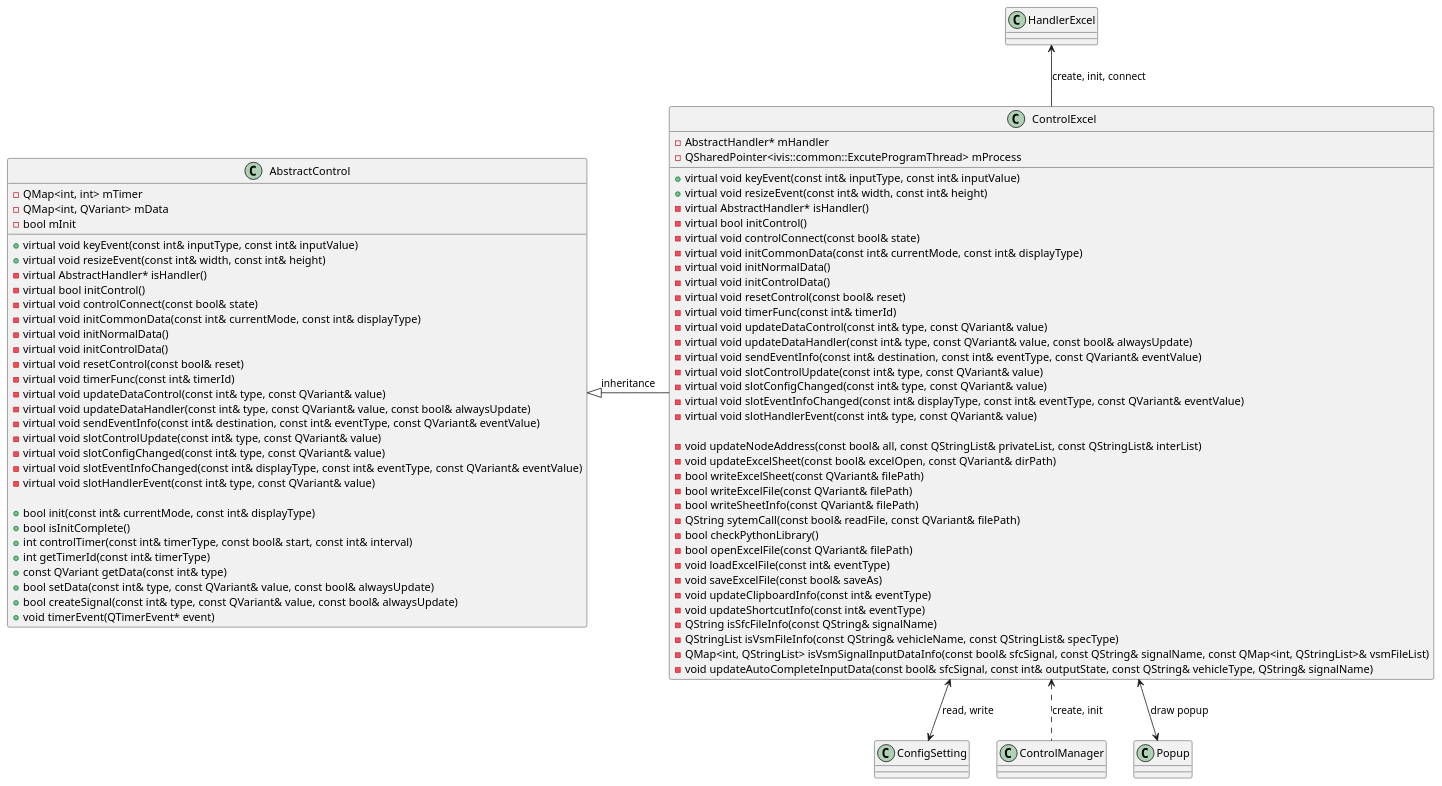
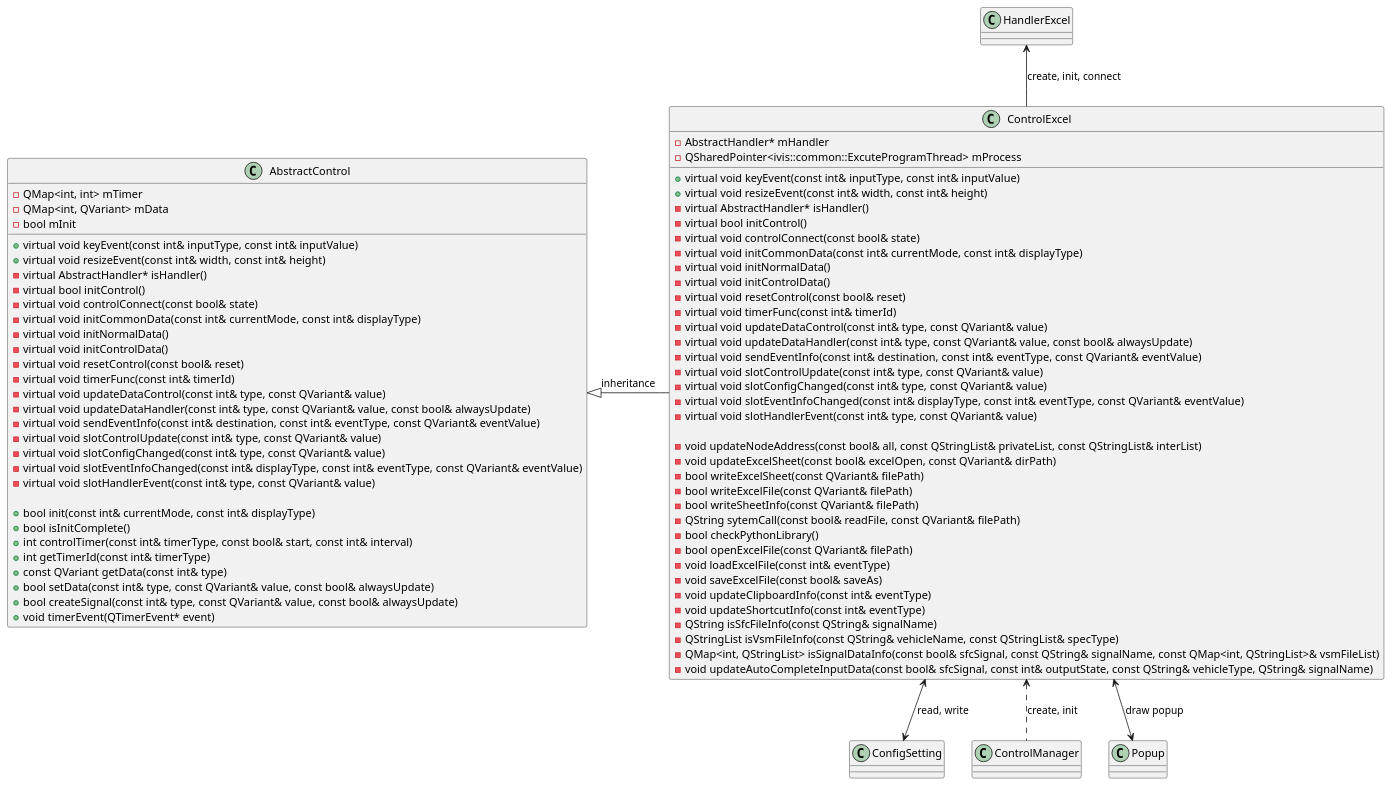
One commit to rlarudgh1997/Application changed the diagram in Diagram/022_Excel/ClassDiagram_ExcelControl.plantuml. Above: the diagram before and after it, drawn with PlantUML. The commit also changed 23 other files, not shown here.

Commit message:
- Signal Data Info 구성 완료 : YML, VSM 파싱 - Excel Parser 로그 추가

```diff
--- a/Diagram/022_Excel/ClassDiagram_ExcelControl.plantuml
+++ b/Diagram/022_Excel/ClassDiagram_ExcelControl.plantuml
@@ -1,86 +1,86 @@
 @startuml
 
 ' AbstractControl 클래스 정의
 class AbstractControl {
     +virtual void keyEvent(const int& inputType, const int& inputValue)
     +virtual void resizeEvent(const int& width, const int& height)
     -virtual AbstractHandler* isHandler()
     -virtual bool initControl()
     -virtual void controlConnect(const bool& state)
     -virtual void initCommonData(const int& currentMode, const int& displayType)
     -virtual void initNormalData()
     -virtual void initControlData()
     -virtual void resetControl(const bool& reset)
     -virtual void timerFunc(const int& timerId)
     -virtual void updateDataControl(const int& type, const QVariant& value)
     -virtual void updateDataHandler(const int& type, const QVariant& value, const bool& alwaysUpdate)
     -virtual void sendEventInfo(const int& destination, const int& eventType, const QVariant& eventValue)
     -virtual void slotControlUpdate(const int& type, const QVariant& value)
     -virtual void slotConfigChanged(const int& type, const QVariant& value)
     -virtual void slotEventInfoChanged(const int& displayType, const int& eventType, const QVariant& eventValue)
     -virtual void slotHandlerEvent(const int& type, const QVariant& value)
 
     +bool init(const int& currentMode, const int& displayType)
     +bool isInitComplete()
     +int controlTimer(const int& timerType, const bool& start, const int& interval)
     +int getTimerId(const int& timerType)
     +const QVariant getData(const int& type)
     +bool setData(const int& type, const QVariant& value, const bool& alwaysUpdate)
     +bool createSignal(const int& type, const QVariant& value, const bool& alwaysUpdate)
     +void timerEvent(QTimerEvent* event)
 
     -QMap<int, int> mTimer
     -QMap<int, QVariant> mData
     -bool mInit
 }
 
 ' ControlExcel 클래스 정의
 class ControlExcel {
     +virtual void keyEvent(const int& inputType, const int& inputValue)
     +virtual void resizeEvent(const int& width, const int& height)
     -virtual AbstractHandler* isHandler()
     -virtual bool initControl()
     -virtual void controlConnect(const bool& state)
     -virtual void initCommonData(const int& currentMode, const int& displayType)
     -virtual void initNormalData()
     -virtual void initControlData()
     -virtual void resetControl(const bool& reset)
     -virtual void timerFunc(const int& timerId)
     -virtual void updateDataControl(const int& type, const QVariant& value)
     -virtual void updateDataHandler(const int& type, const QVariant& value, const bool& alwaysUpdate)
     -virtual void sendEventInfo(const int& destination, const int& eventType, const QVariant& eventValue)
     -virtual void slotControlUpdate(const int& type, const QVariant& value)
     -virtual void slotConfigChanged(const int& type, const QVariant& value)
     -virtual void slotEventInfoChanged(const int& displayType, const int& eventType, const QVariant& eventValue)
     -virtual void slotHandlerEvent(const int& type, const QVariant& value)
 
     -void updateNodeAddress(const bool& all, const QStringList& privateList, const QStringList& interList)
     -void updateExcelSheet(const bool& excelOpen, const QVariant& dirPath)
     -bool writeExcelSheet(const QVariant& filePath)
     -bool writeExcelFile(const QVariant& filePath)
     -bool writeSheetInfo(const QVariant& filePath)
     -QString sytemCall(const bool& readFile, const QVariant& filePath)
     -bool checkPythonLibrary()
     -bool openExcelFile(const QVariant& filePath)
     -void loadExcelFile(const int& eventType)
     -void saveExcelFile(const bool& saveAs)
     -void updateClipboardInfo(const int& eventType)
     -void updateShortcutInfo(const int& eventType)
     -QString isSfcFileInfo(const QString& signalName)
     -QStringList isVsmFileInfo(const QString& vehicleName, const QStringList& specType)
-    -QMap<int, QStringList> isVsmSignalInputDataInfo(const bool& sfcSignal, const QString& signalName, const QMap<int, QStringList>& vsmFileList)
+    -QMap<int, QStringList> isSignalDataInfo(const bool& sfcSignal, const QString& signalName, const QMap<int, QStringList>& vsmFileList)
     -void updateAutoCompleteInputData(const bool& sfcSignal, const int& outputState, const QString& vehicleType, QString& signalName)
 
     -AbstractHandler* mHandler
     -QSharedPointer<ivis::common::ExcuteProgramThread> mProcess
 }
 
 
 ' 클래스 간의 관계 정의
 AbstractControl <|- ControlExcel : inheritance
 HandlerExcel <-- ControlExcel : create, init, connect
 ControlExcel <--> ConfigSetting : read, write
 ControlExcel <.. ControlManager : create, init
 ControlExcel <--> Popup : draw popup
 
 @enduml
```
